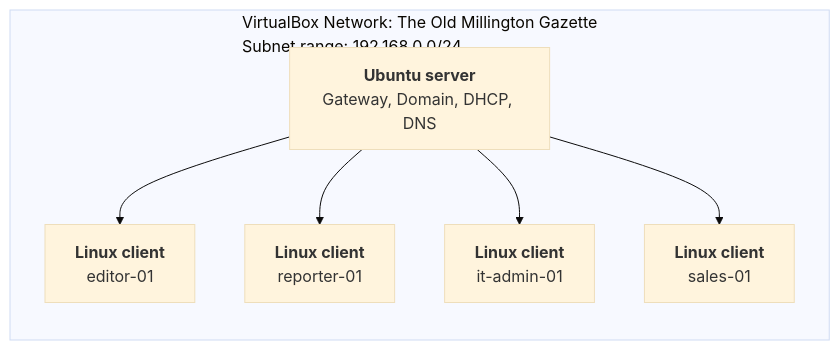
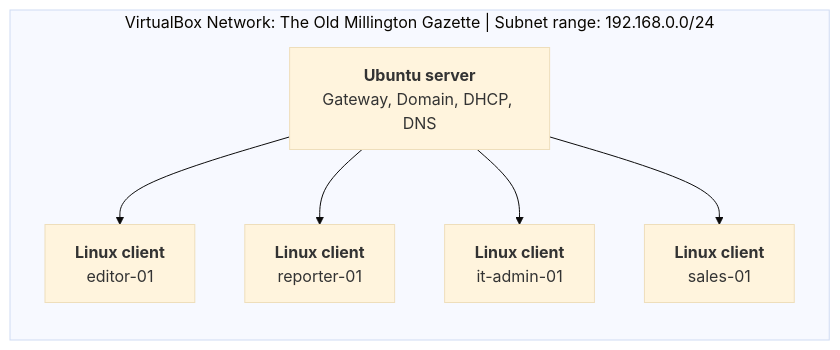
The diagram in README.md (robbaileyhome-dev/homelab-portfolio), drawn with Mermaid (base theme) before and after one commit.

Commit message:
Update network topology description in README

````diff
--- a/README.md
+++ b/README.md
@@ -9,17 +9,17 @@
 ```mermaid
 flowchart TD
-    subgraph NET["VirtualBox Network: The Old Millington Gazette<br/>Subnet range: 192.168.0.0/24"]
+    subgraph NET["VirtualBox Network: The Old Millington Gazette | Subnet range: 192.168.0.0/24"]
         direction TB
         SRV["<b>Ubuntu server</b><br/>Gateway, Domain, DHCP, DNS"]
 
         ED["<b>Linux client</b><br/>editor-01"]
         REP["<b>Linux client</b><br/>reporter-01"]
         IT["<b>Linux client</b><br/>it-admin-01"]
         SALES["<b>Linux client</b><br/>sales-01"]
 
         SRV --> ED
         SRV --> REP
         SRV --> IT
         SRV --> SALES
     end
 ```
````
